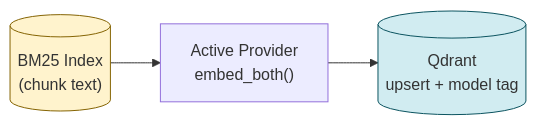
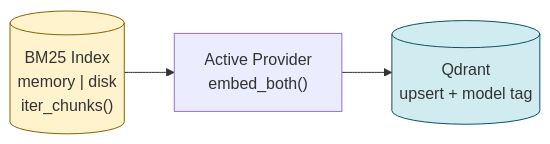
Before and after one commit to ealbertoav/rag_platform: the fourth of 16 diagrams in README.md, drawn with Mermaid. The commit also changed other lines of this file and 1 other file, not shown here.

First line of the commit message:
Enhance BM25 ingestion pipeline with disk-backed index improvements (T-165):

````diff
--- a/README.md
+++ b/README.md
@@ -836,8 +838,8 @@
 ```mermaid
 flowchart LR
-    BM[("BM25 Index<br/>(chunk text)")]
+    BM[("BM25 Index<br/>memory | disk<br/>iter_chunks()")]
     --> EMB["Active Provider<br/>embed_both()"]
     --> QD[("Qdrant<br/>upsert + model tag")]
     style BM fill:#fff3cd,stroke:#856404
     style QD fill:#d1ecf1,stroke:#0c5460
 ```
````
